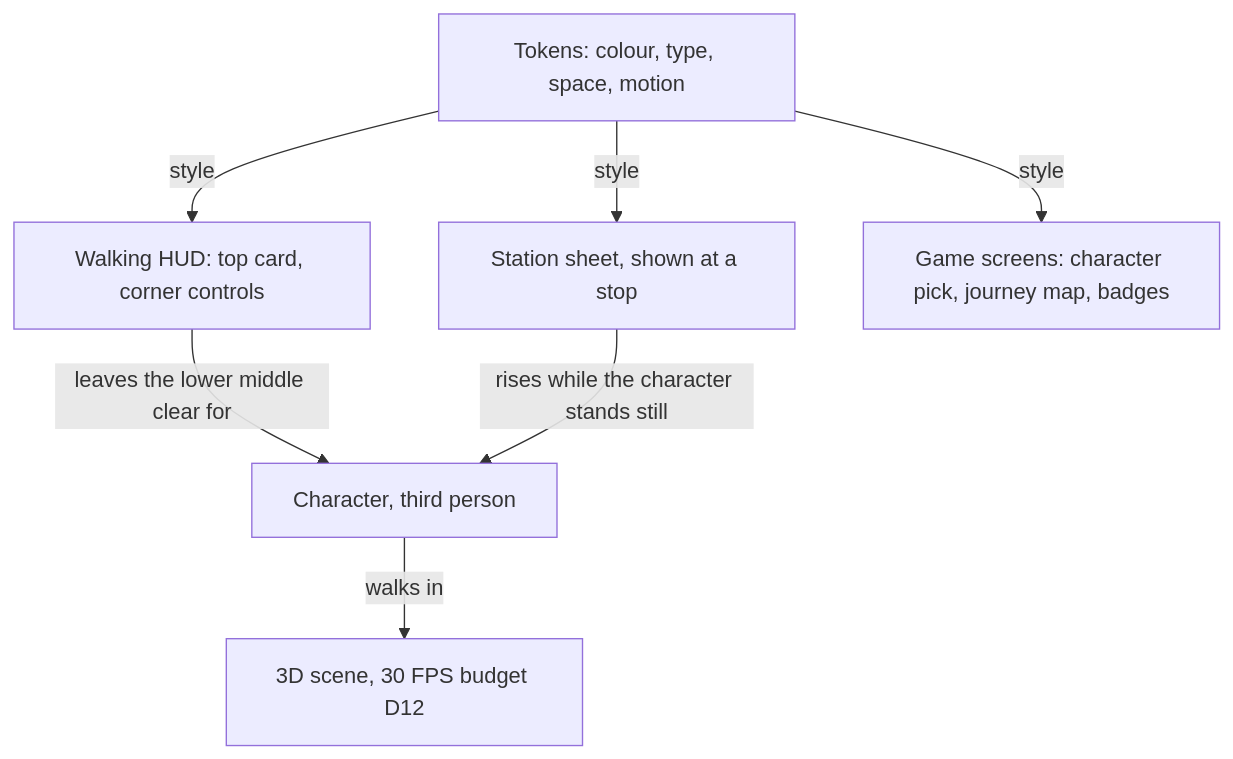
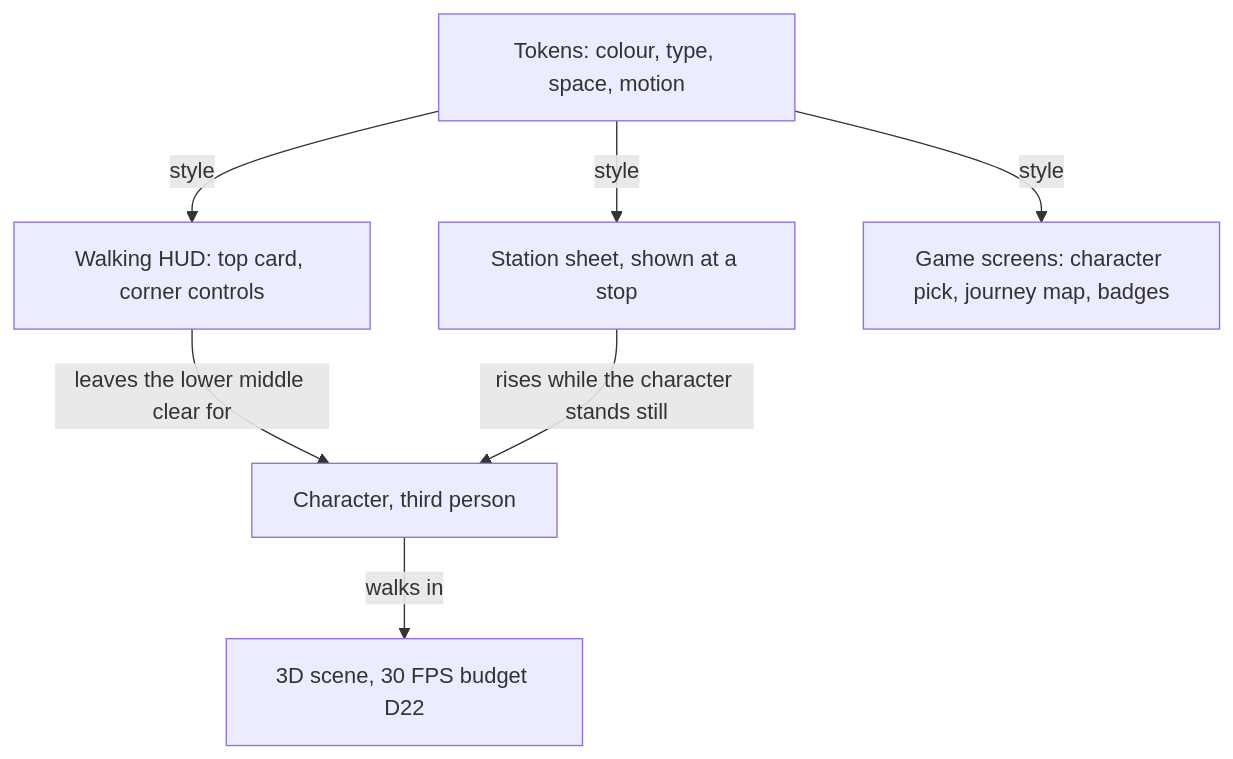
One commit to dzaffren/VirtualHajj changed the diagram in docs/design/system-brief.md. Above: the diagram before and after it, drawn with Mermaid. The commit also changed other lines of this file and 2 other files, not shown here.

````diff
--- a/docs/design/system-brief.md
+++ b/docs/design/system-brief.md
@@ -8,9 +8,9 @@
 ```mermaid
 flowchart TB
     K[Tokens: colour, type, space, motion] -->|style| H[Walking HUD: top card, corner controls]
     K -->|style| T[Station sheet, shown at a stop]
     K -->|style| G[Game screens: character pick, journey map, badges]
     H -->|leaves the lower middle clear for| C[Character, third person]
     T -->|rises while the character stands still| C
-    C -->|walks in| S[3D scene, 30 FPS budget D12]
+    C -->|walks in| S[3D scene, 30 FPS budget D22]
 ```
````
